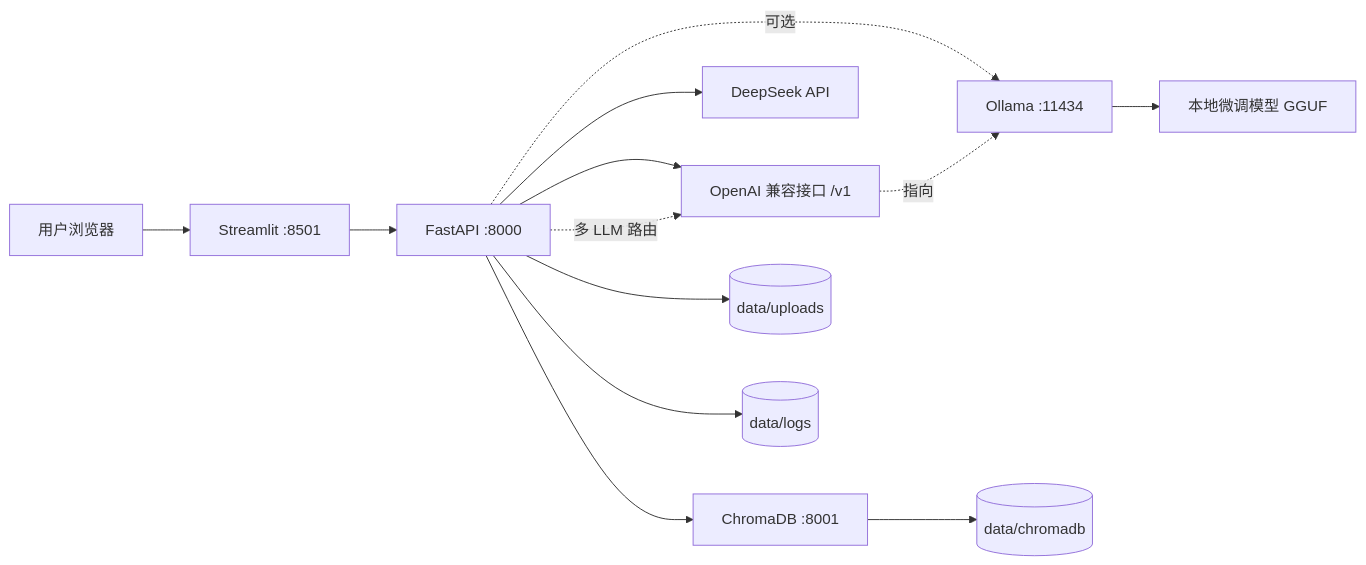
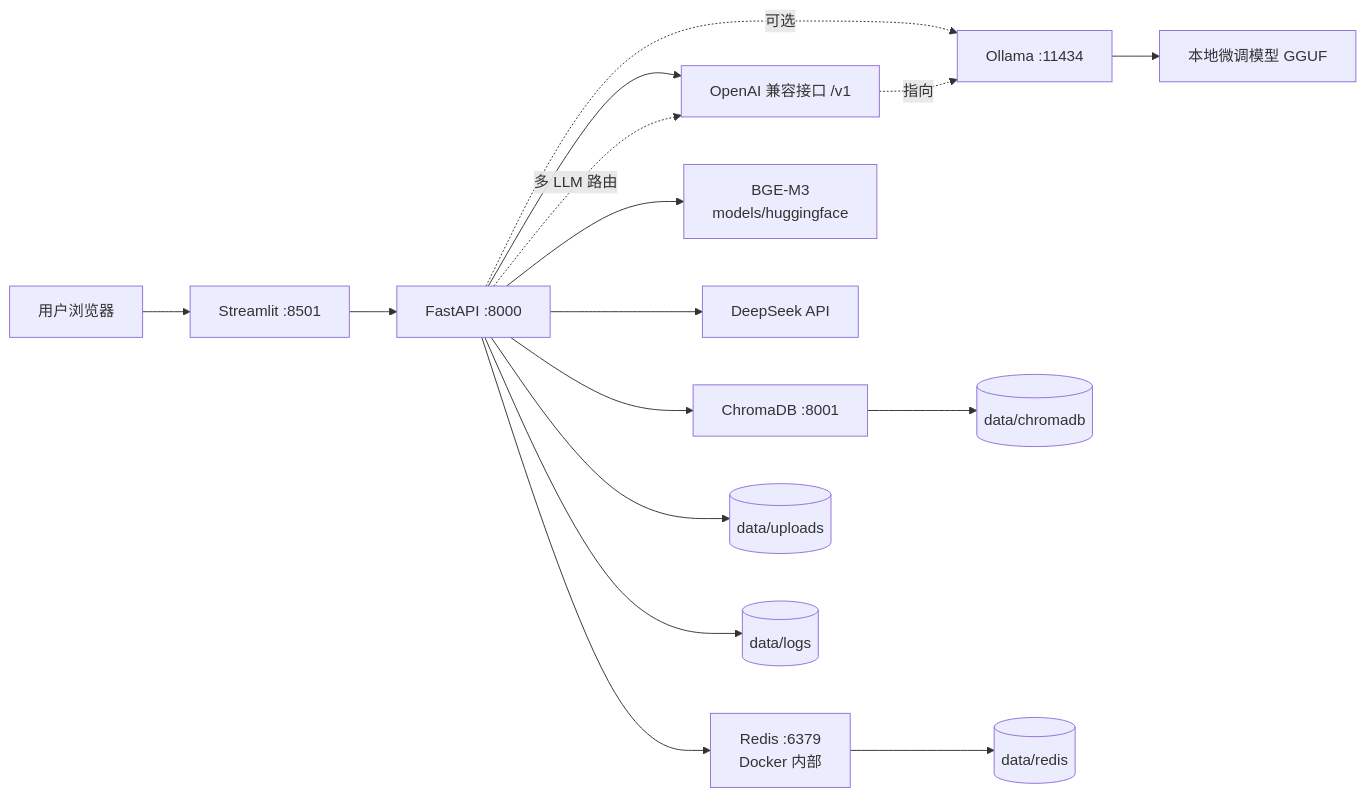
One commit to plutoczm/DataCopilot changed the eighth of 8 diagrams in docs/ARCHITECTURE.md. Above: the diagram before and after it, drawn with Mermaid. The commit also changed other lines of this file and 78 other files, not shown here.

Commit message:
feat_bge_m3_durable_memory

````diff
--- a/docs/ARCHITECTURE.md
+++ b/docs/ARCHITECTURE.md
@@ -159,15 +186,18 @@
 ```mermaid
 flowchart LR
     User[用户浏览器] --> Frontend[Streamlit :8501]
     Frontend --> Backend[FastAPI :8000]
     Backend --> Chroma[ChromaDB :8001]
+    Backend --> Redis[Redis :6379<br/>Docker 内部]
+    Backend --> BGE[BGE-M3<br/>models/huggingface]
     Backend --> DeepSeek[DeepSeek API]
     Backend -. 可选 .-> Ollama[Ollama :11434]
     Ollama --> Finetuned[本地微调模型 GGUF]
     Backend --> OpenAICompat[OpenAI 兼容接口 /v1]
     Backend -. 多 LLM 路由 .-> OpenAICompat
     OpenAICompat -. 指向 .-> Ollama
     Chroma --> VectorData[(data/chromadb)]
     Backend --> Files[(data/uploads)]
     Backend --> Logs[(data/logs)]
+    Redis --> MemoryData[(data/redis)]
 ```
````
